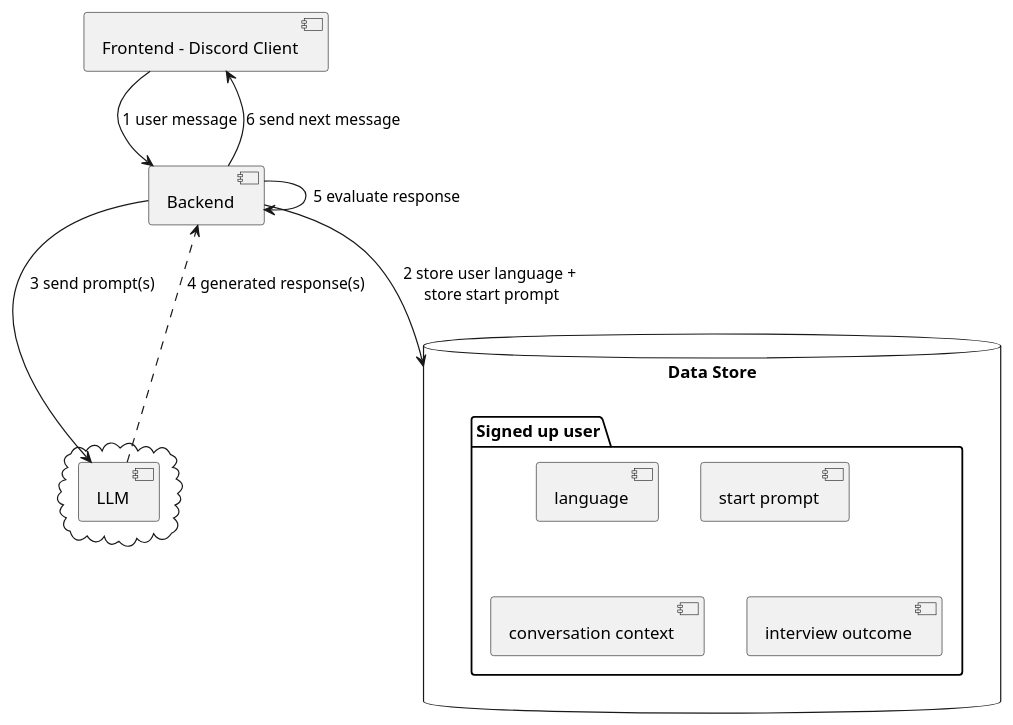
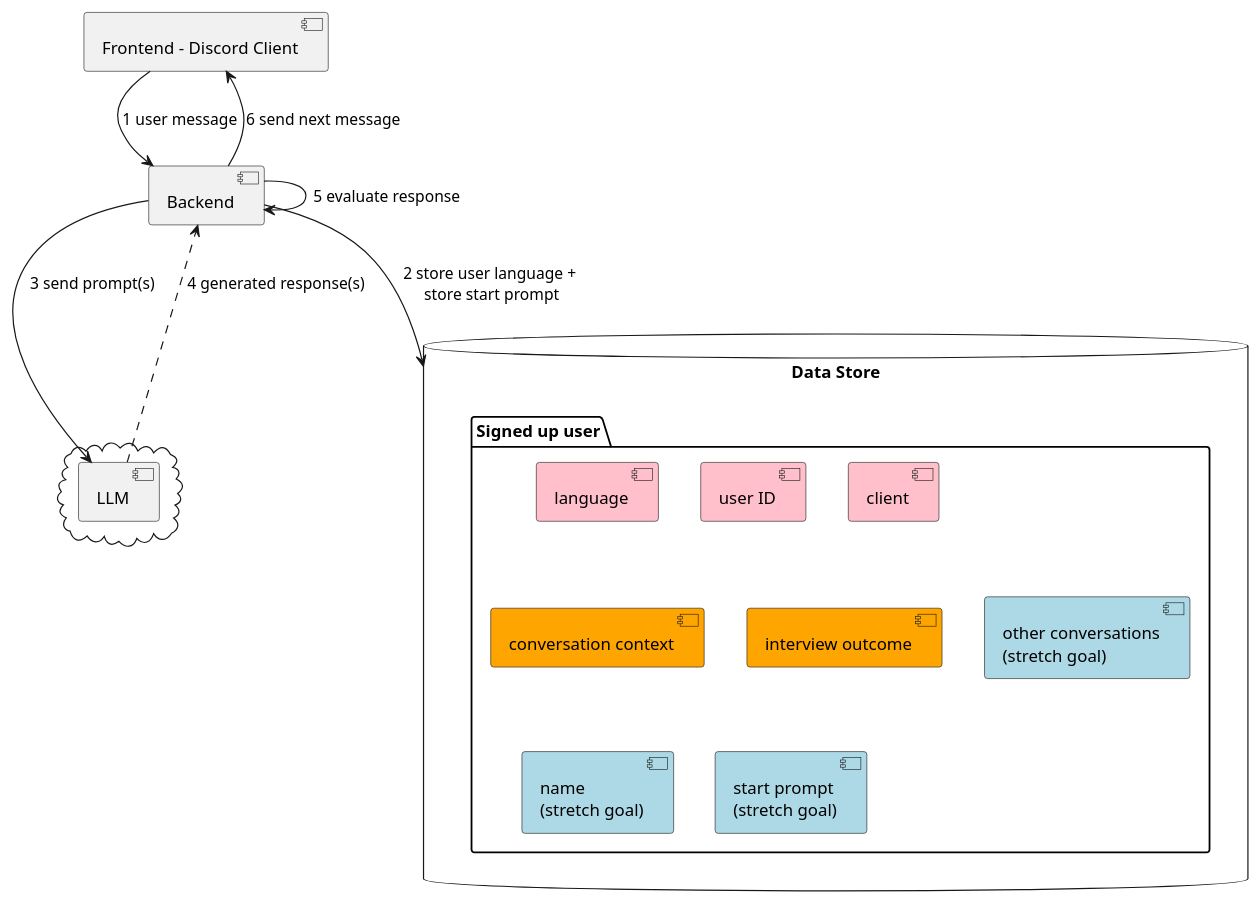
Before and after one commit to CATALPAresearch/srl-chat: the diagram in system.puml, drawn with PlantUML. The commit also changed 5 other files, not shown here.

Commit message:
DB schema updates, added more LLM queries, insert user into DB on start conversation

```diff
--- a/system.puml
+++ b/system.puml
@@ -1,24 +1,28 @@
 @startuml
 [Frontend - Discord Client] as fe
 
 [Backend] as be
 
 cloud {
     [LLM] as llm
 }
 database "Data Store" as ds {
     folder "Signed up user" {
-        [language]
-        [start prompt]
-        [conversation context]
-        [interview outcome]
+        [language] #pink
+        [user ID] #pink
+        [client] #pink
+        [conversation context] #orange
+        [interview outcome] #orange
+        [other conversations\n(stretch goal)] #lightblue
+        [name\n(stretch goal)] #lightblue
+        [start prompt\n(stretch goal)] #lightblue
     }
 }
 
 fe -down-> be : 1 user message
 be --> ds : 2 store user language +\n store start prompt
 be -down-> llm : 3 send prompt(s)
 llm ..> be : 4 generated response(s)
 be --> be : 5 evaluate response
 be --> fe : 6 send next message
 @enduml
```
